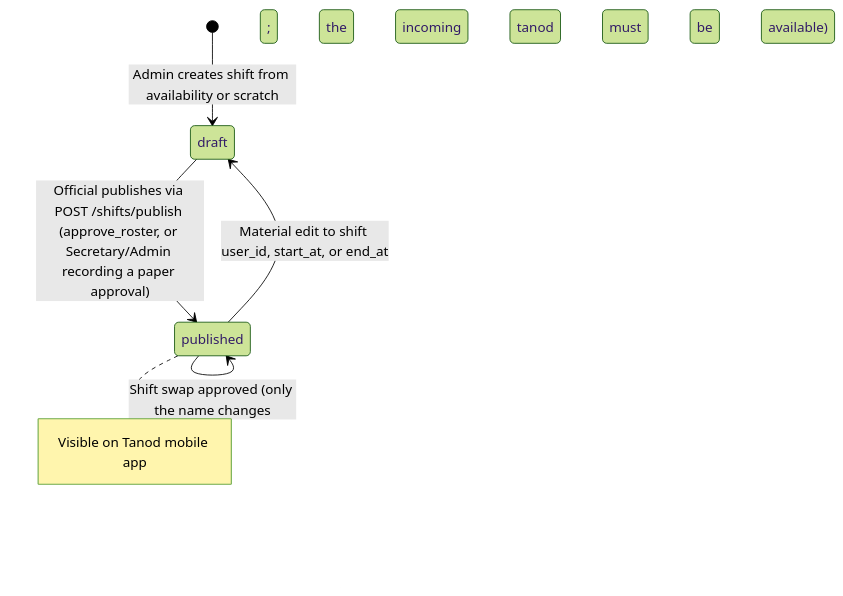
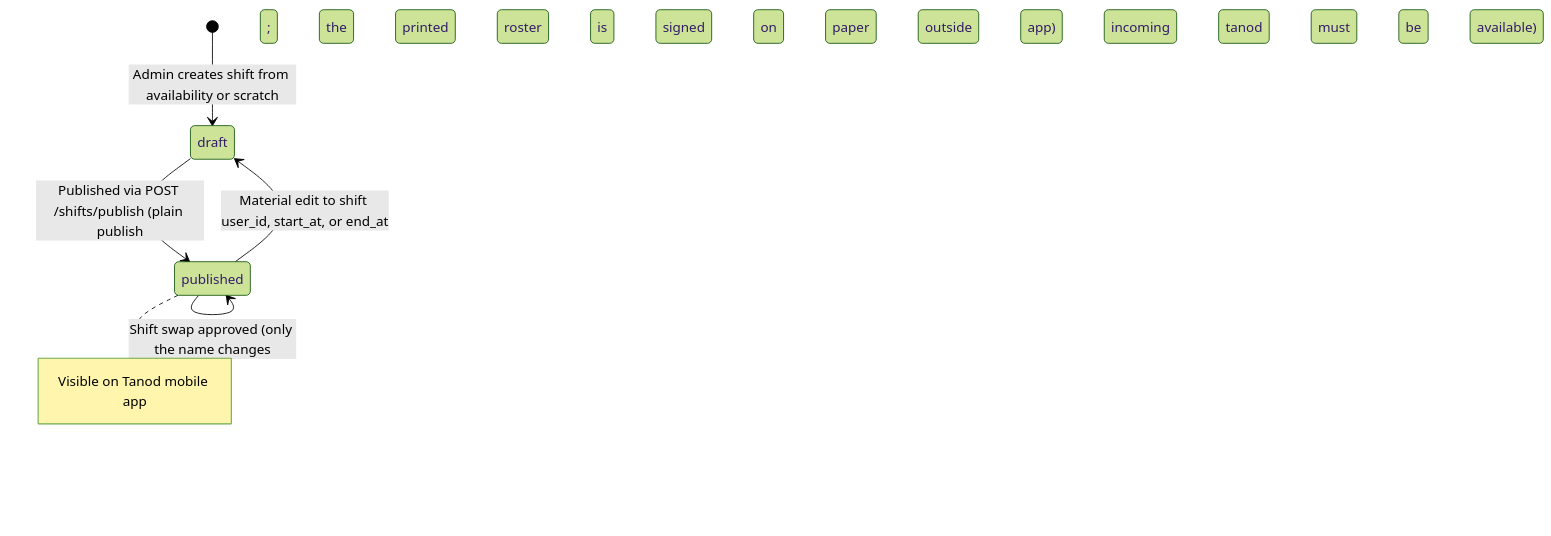
One commit to jpbuenosaires/Baranguard changed the ninth of 13 diagrams in docs/WORKFLOWS_AND_RULES.md. Above: the diagram before and after it, drawn with Mermaid (forest theme). The commit also changed other lines of this file and 7 other files, not shown here.

````diff
--- a/docs/WORKFLOWS_AND_RULES.md
+++ b/docs/WORKFLOWS_AND_RULES.md
@@ -317,10 +313,10 @@
 ```mermaid
 stateDiagram-v2
     [*] --> draft : Admin creates shift from availability or scratch
-    draft --> published : Official publishes via POST /shifts/publish (approve_roster, or Secretary/Admin recording a paper approval)
+    draft --> published : Published via POST /shifts/publish (plain publish; the printed roster is signed on paper outside the app)
     
     published --> draft : Material edit to shift user_id, start_at, or end_at
     published --> published : Shift swap approved (only the name changes; the incoming tanod must be available)
     
     note right of published : Visible on Tanod mobile app
 ```
````
